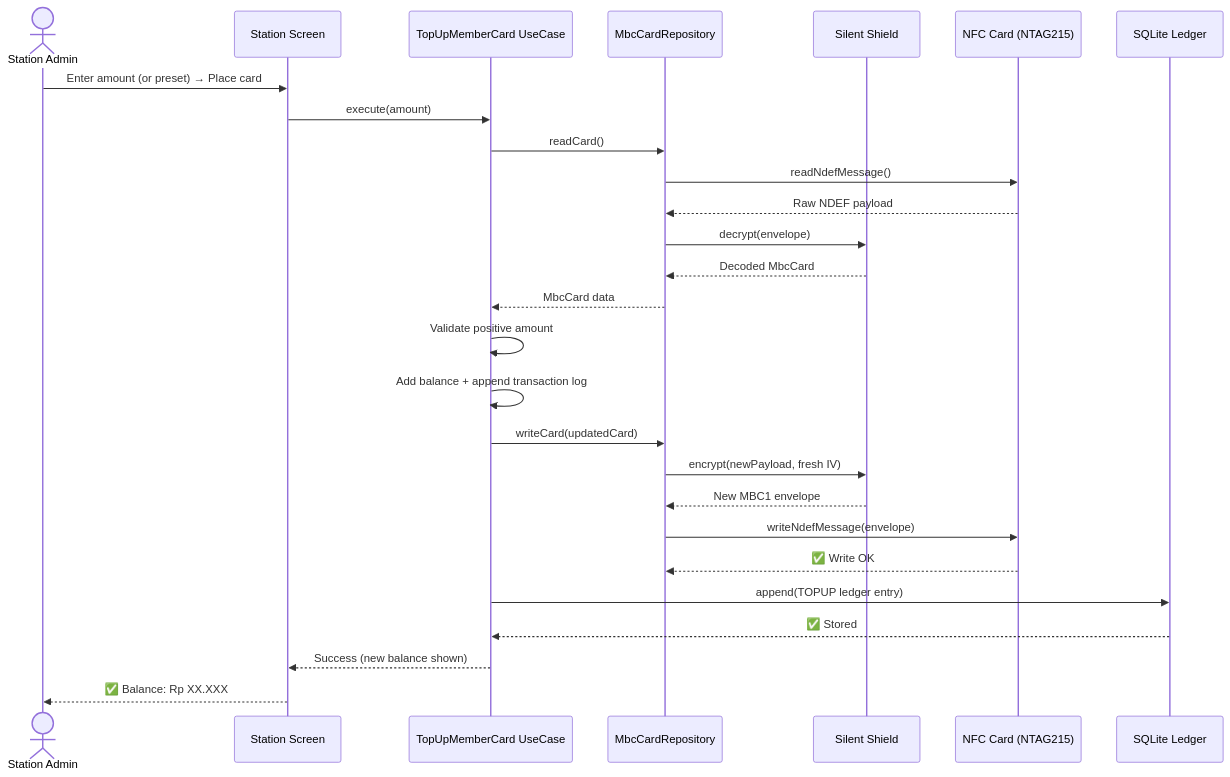
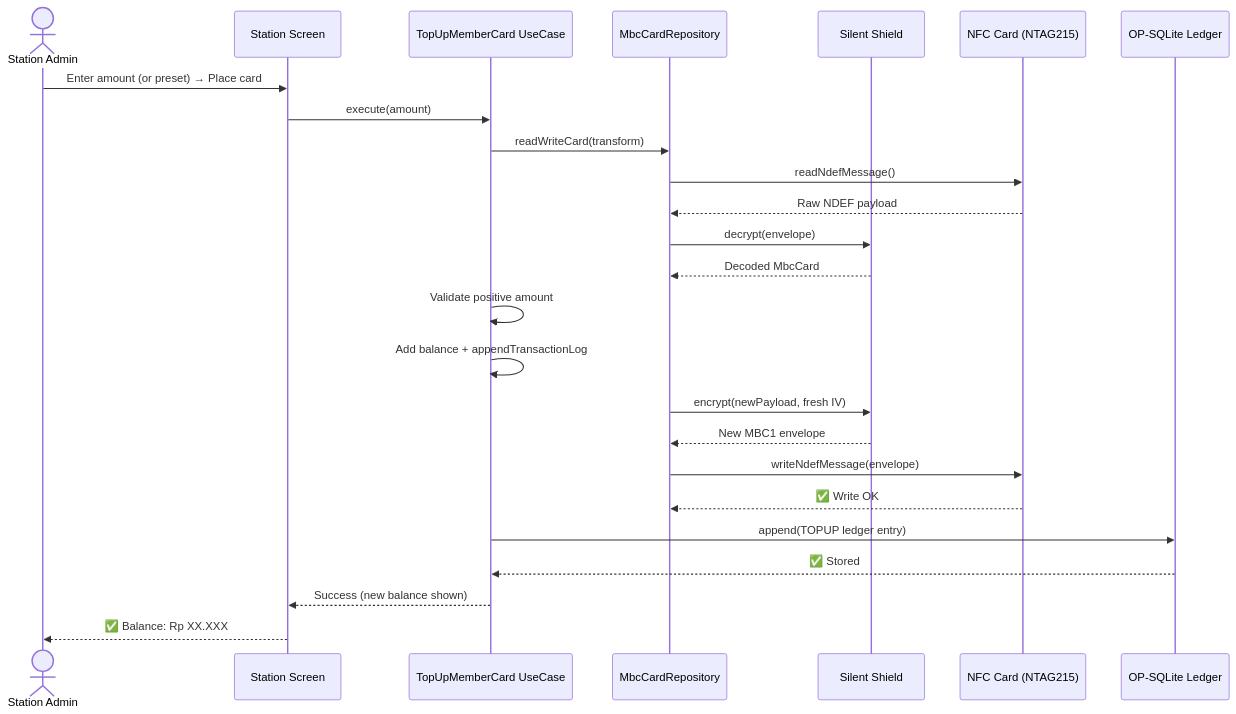
The third of 15 diagrams in docs/PRESENTATION.md (Schitzos/mbc-nfc), drawn with Mermaid before and after one commit. The commit also changed other lines of this file, not shown here.

````diff
--- a/docs/PRESENTATION.md
+++ b/docs/PRESENTATION.md
@@ -178,30 +177,28 @@
 ```mermaid
 sequenceDiagram
     actor Admin as Station Admin
     participant UI as Station Screen
     participant UC as TopUpMemberCard UseCase
     participant Repo as MbcCardRepository
     participant Shield as Silent Shield
     participant Card as NFC Card (NTAG215)
-    participant DB as SQLite Ledger
+    participant DB as OP-SQLite Ledger
 
     Admin->>UI: Enter amount (or preset) → Place card
     UI->>UC: execute(amount)
-    UC->>Repo: readCard()
+    UC->>Repo: readWriteCard(transform)
     Repo->>Card: readNdefMessage()
     Card-->>Repo: Raw NDEF payload
     Repo->>Shield: decrypt(envelope)
     Shield-->>Repo: Decoded MbcCard
-    Repo-->>UC: MbcCard data
     UC->>UC: Validate positive amount
-    UC->>UC: Add balance + append transaction log
-    UC->>Repo: writeCard(updatedCard)
+    UC->>UC: Add balance + appendTransactionLog
     Repo->>Shield: encrypt(newPayload, fresh IV)
     Shield-->>Repo: New MBC1 envelope
     Repo->>Card: writeNdefMessage(envelope)
     Card-->>Repo: ✅ Write OK
     UC->>DB: append(TOPUP ledger entry)
     DB-->>UC: ✅ Stored
     UC-->>UI: Success (new balance shown)
     UI-->>Admin: ✅ Balance: Rp XX.XXX
 ```
````
